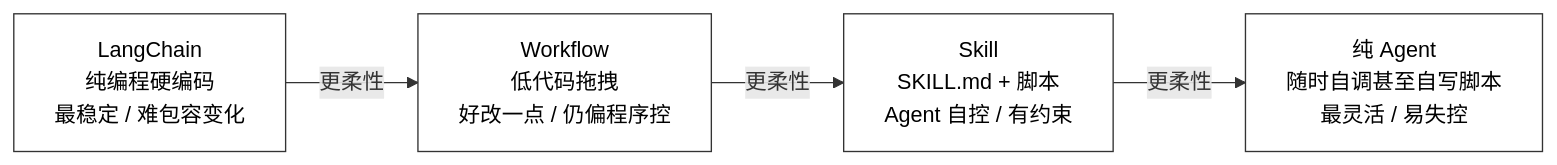
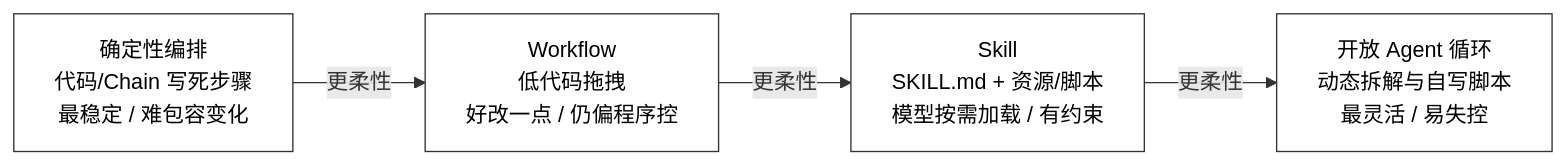
Before and after one commit to KwanWaiPang/KwanWaiPang.github.io: the third of 5 diagrams in _posts/2026-08-01-Agent基本概念梳理.md, drawn with Mermaid. The commit also changed other lines of this file, not shown here.

First line of the commit message:
核校并修正 Agent 概念博文中的术语定义

```diff
--- a/_posts/2026-08-01-Agent基本概念梳理.md
+++ b/_posts/2026-08-01-Agent基本概念梳理.md
@@ -177,8 +185,8 @@
 <div class="mermaid" style="display: flex; justify-content: center; width: 90%; margin: 0 auto;">
 flowchart LR
     classDef default fill:#fff,stroke:#333,stroke-width:1px,color:#000;
 
-    LC["LangChain<br/>纯编程硬编码<br/>最稳定 / 难包容变化"] -->|"更柔性"| WF["Workflow<br/>低代码拖拽<br/>好改一点 / 仍偏程序控"]
-    WF -->|"更柔性"| SK["Skill<br/>SKILL.md + 脚本<br/>Agent 自控 / 有约束"]
-    SK -->|"更柔性"| PA["纯 Agent<br/>随时自调甚至自写脚本<br/>最灵活 / 易失控"]
+    LC["确定性编排<br/>代码/Chain 写死步骤<br/>最稳定 / 难包容变化"] -->|"更柔性"| WF["Workflow<br/>低代码拖拽<br/>好改一点 / 仍偏程序控"]
+    WF -->|"更柔性"| SK["Skill<br/>SKILL.md + 资源/脚本<br/>模型按需加载 / 有约束"]
+    SK -->|"更柔性"| PA["开放 Agent 循环<br/>动态拆解与自写脚本<br/>最灵活 / 易失控"]
 </div>
```
